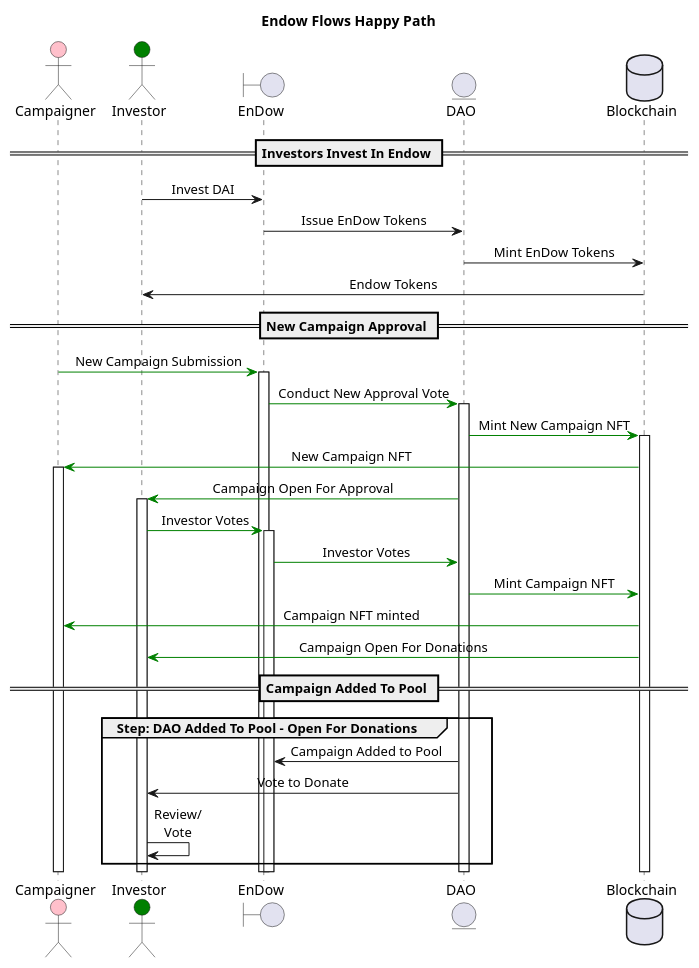
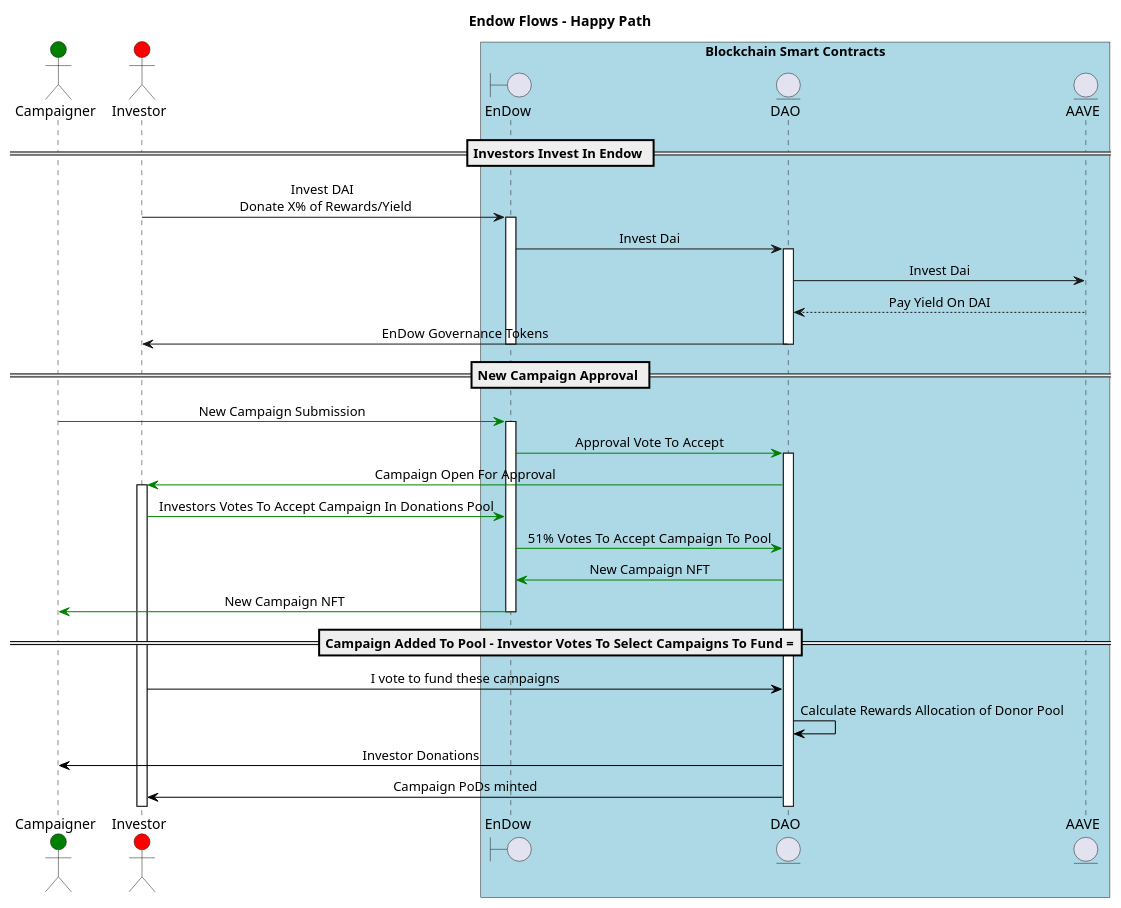
Before and after one commit to chainlink-hackathon-fall-2021/charity-nft: the diagram in docs/diagrams/campaigns.plantuml, drawn with PlantUML. The commit also changed 1 other file, not shown here.

```diff
--- a/docs/diagrams/campaigns.plantuml
+++ b/docs/diagrams/campaigns.plantuml
@@ -1,37 +1,34 @@
 @startuml Campaigns
-title Endow Flows Happy Path
+title Endow Flows - Happy Path
 skinparam strictuml true
 skinparam SequenceMessageAlignment center
 skinparam responseMessageBelowArrow true
-actor Campaigner #Pink
-actor Investor #Green
+actor Campaigner #green
+actor Investor #red
+box "Blockchain Smart Contracts" #LightBlue
 boundary EnDow as App order 1
-entity DAO order 2
-database Blockchain order 3
+  entity DAO order 3
+  entity AAVE order 4
+end box
 == Investors Invest In Endow ==
-Investor -> App : Invest DAI 
-App -> DAO : Issue EnDow Tokens
-DAO -> Blockchain : Mint EnDow Tokens
-Blockchain -> Investor : Endow Tokens
+Investor -> App ++ : Invest DAI \n Donate X% of Rewards/Yield
+App -> DAO ++: Invest Dai
+DAO -> AAVE : Invest Dai
+AAVE --> DAO -- : Pay Yield On DAI
+DAO -> Investor -- : EnDow Governance Tokens
+App --
 == New Campaign Approval ==
 Campaigner -[#green]> App ++ : New Campaign Submission
-App -[#green]> DAO ++ : Conduct New Approval Vote
-DAO -[#green]> Blockchain ++ : Mint New Campaign NFT
-Blockchain -[#green]> Campaigner ++ : New Campaign NFT
+App -[#green]> DAO ++ : Approval Vote To Accept
+DAO -[#green]> Investor ++ : Campaign Open For Approval
+Investor -[#green]> App : Investors Votes To Accept Campaign In Donations Pool
+App -[#green]> DAO : 51%  Votes To Accept Campaign To Pool
+DAO -[#green]> App  : New Campaign NFT
+App -[#green]> Campaigner -- : New Campaign NFT
+== Campaign Added To Pool - Investor Votes To Select Campaigns To Fund ===
+Investor -[#black]> DAO : I vote to fund these campaigns
+DAO -[#black]> DAO : Calculate Rewards Allocation of Donor Pool 
+DAO -[#black]> Campaigner : Investor Donations
+DAO -[#black]> Investor : Campaign PoDs minted
 
-DAO -[#green]> Investor ++ : Campaign Open For Approval
-Investor -[#green]> App ++ : Investor Votes
-App -[#green]> DAO : Investor Votes
-DAO -[#green]> Blockchain : Mint Campaign NFT 
-Blockchain -[#green]> Campaigner : Campaign NFT minted
-Blockchain -[#green]> Investor : Campaign Open For Donations
-
-== Campaign Added To Pool ==
-
-group Step: DAO Added To Pool - Open For Donations
-  DAO -> App : Campaign Added to Pool
-  DAO -> Investor : Vote to Donate   
-  Investor -> Investor : Review/\nVote
-
-end group
 @enduml
```
